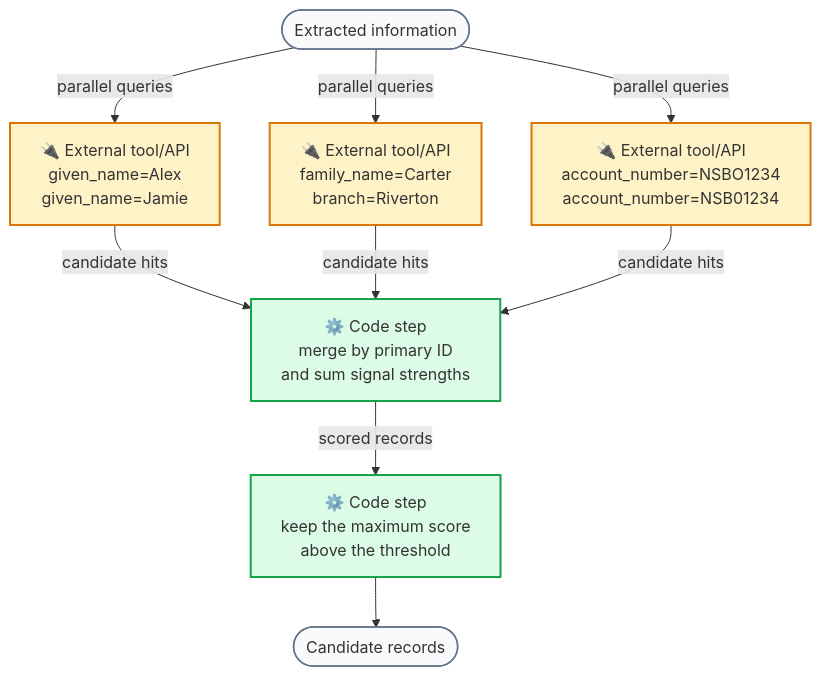
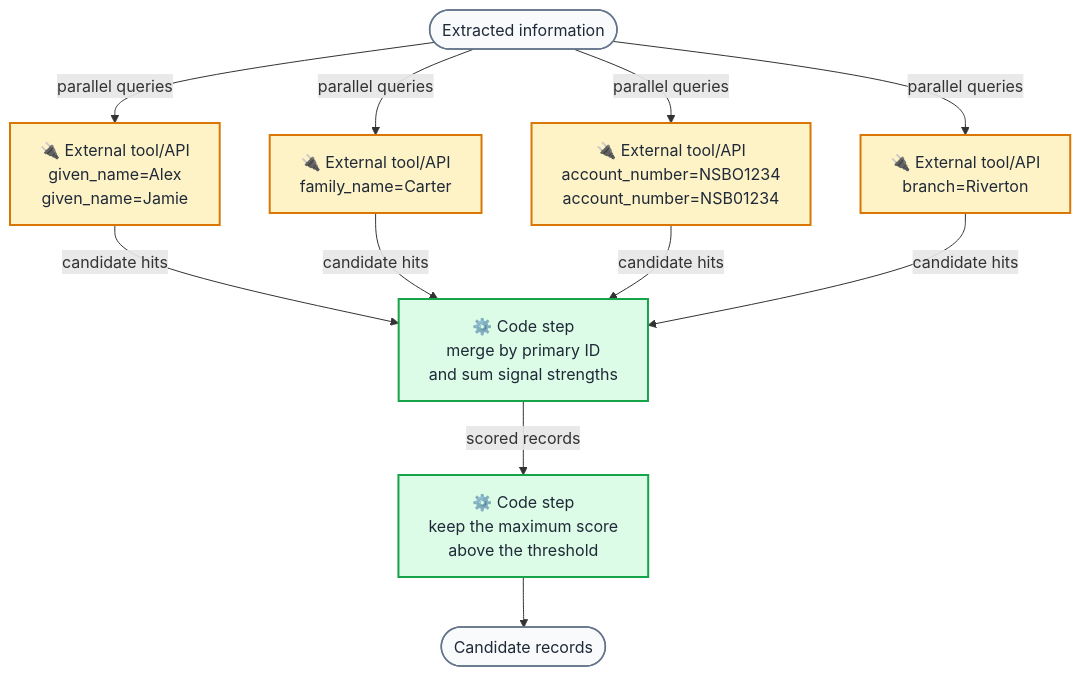
One commit to FridljDa/FridljDa.github.io changed the fourth of 5 diagrams in src/content/blog/first-level-support-automation.mdx. Above: the diagram before and after it, drawn with Mermaid. The commit also changed other lines of this file and 32 other files, not shown here.

````diff
--- a/src/content/blog/first-level-support-automation.mdx
+++ b/src/content/blog/first-level-support-automation.mdx
@@ -160,26 +160,29 @@
 ```mermaid
 flowchart TD
     EX(["Extracted information"])
     Q1["🔌 External tool/API<br/>given_name=Alex<br/>given_name=Jamie"]
-    Q2["🔌 External tool/API<br/>family_name=Carter<br/>branch=Riverton"]
+    Q2["🔌 External tool/API<br/>family_name=Carter"]
     Q3["🔌 External tool/API<br/>account_number=NSBO1234<br/>account_number=NSB01234"]
+    Q4["🔌 External tool/API<br/>branch=Riverton"]
     C1["⚙️ Code step<br/>merge by primary ID<br/>and sum signal strengths"]
     C2["⚙️ Code step<br/>keep the maximum score<br/>above the threshold"]
     OUT(["Candidate records"])
 
     EX -->|"parallel queries"| Q1
     EX -->|"parallel queries"| Q2
     EX -->|"parallel queries"| Q3
+    EX -->|"parallel queries"| Q4
     Q1 -->|"candidate hits"| C1
     Q2 -->|"candidate hits"| C1
     Q3 -->|"candidate hits"| C1
+    Q4 -->|"candidate hits"| C1
     C1 -->|"scored records"| C2
     C2 --> OUT
 
-    classDef code fill:#dcfce7,stroke:#16a34a,stroke-width:2px
-    classDef tool fill:#fef3c7,stroke:#d97706,stroke-width:2px
-    classDef terminal fill:#f8fafc,stroke:#64748b,stroke-width:1.5px
+    classDef code fill:#dcfce7,stroke:#16a34a,stroke-width:2px,color:#1f2937
+    classDef tool fill:#fef3c7,stroke:#d97706,stroke-width:2px,color:#1f2937
+    classDef terminal fill:#f8fafc,stroke:#64748b,stroke-width:1.5px,color:#1f2937
     class C1,C2 code
-    class Q1,Q2,Q3 tool
+    class Q1,Q2,Q3,Q4 tool
     class EX,OUT terminal
 ```
````
